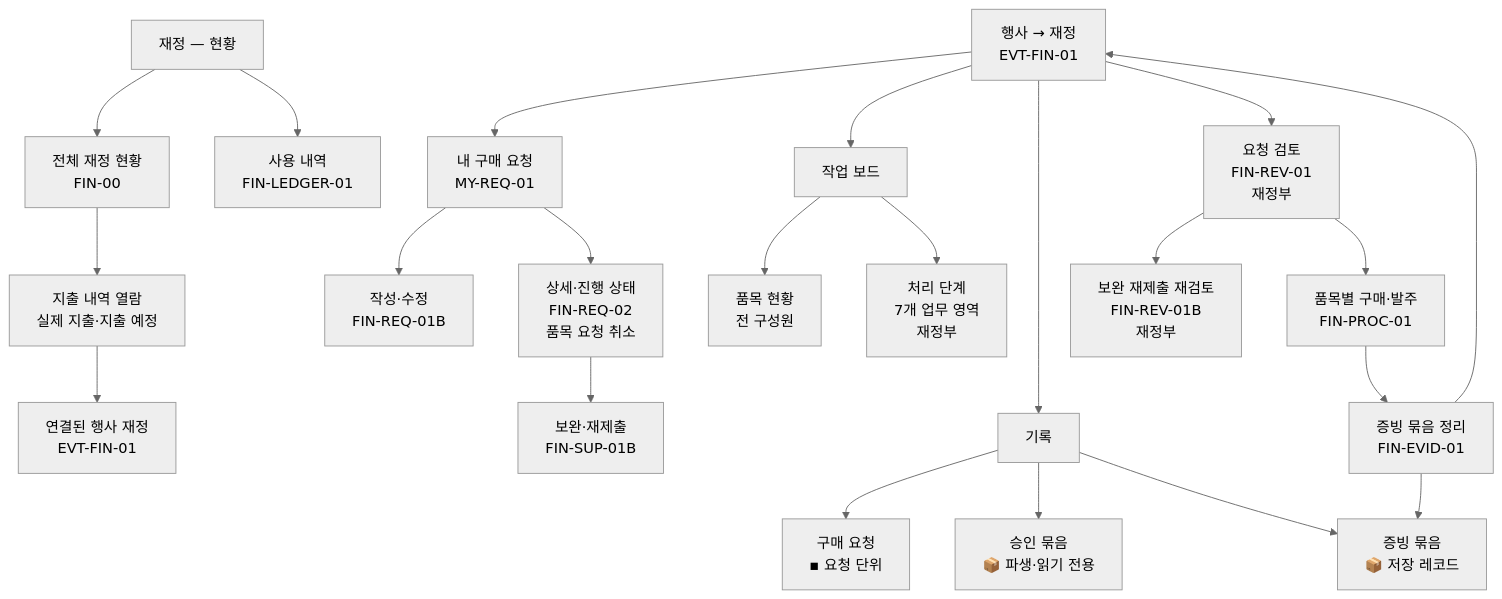
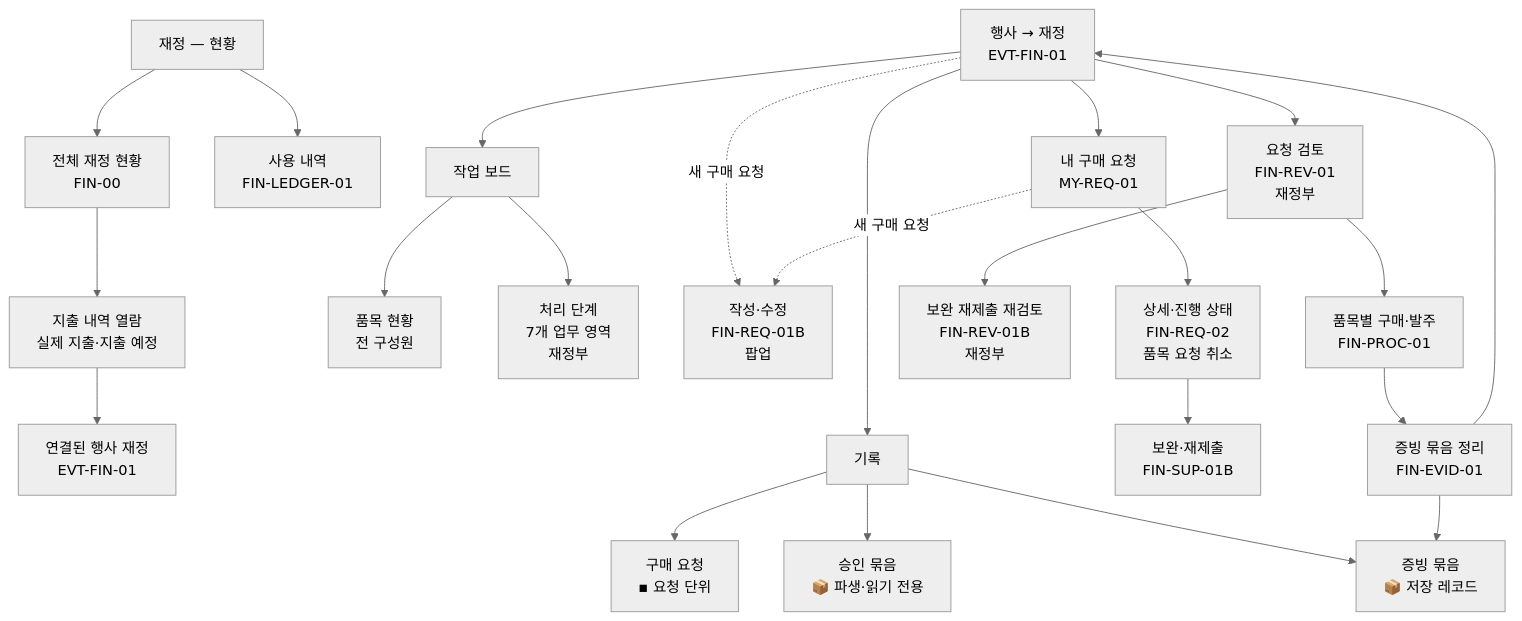
Before and after one commit to vada-hq/vada: the third of 4 diagrams in prototypes/wireframe/docs/VADA_MENU_STRUCTURE.md, drawn with Mermaid (neutral theme). The commit also changed other lines of this file and 4 other files, not shown here.

````diff
--- a/prototypes/wireframe/docs/VADA_MENU_STRUCTURE.md
+++ b/prototypes/wireframe/docs/VADA_MENU_STRUCTURE.md
@@ -210,27 +210,28 @@
 ```mermaid
 flowchart TB
     F["재정 — 현황"]
     F --> B["전체 재정 현황<br/>FIN-00"]
     F --> L["사용 내역<br/>FIN-LEDGER-01"]
 
     B --> B1["지출 내역 열람<br/>실제 지출·지출 예정"]
     B1 --> EFV["연결된 행사 재정<br/>EVT-FIN-01"]
 
     EF["행사 → 재정<br/>EVT-FIN-01"] --> MR["내 구매 요청<br/>MY-REQ-01"]
     EF --> WB["작업 보드"]
     WB --> IS["품목 현황<br/>전 구성원"]
     WB --> WQ["처리 단계<br/>7개 업무 영역<br/>재정부"]
     EF --> REC["기록"]
     REC --> RQ["구매 요청<br/>▪ 요청 단위"]
     REC --> AB["승인 묶음<br/>📦 파생·읽기 전용"]
     REC --> EB["증빙 묶음<br/>📦 저장 레코드"]
-    MR --> C["작성·수정<br/>FIN-REQ-01B"]
+    EF -.->|새 구매 요청| C["작성·수정<br/>FIN-REQ-01B<br/>팝업"]
+    MR -.->|새 구매 요청| C
     MR --> D["상세·진행 상태<br/>FIN-REQ-02<br/>품목 요청 취소"]
     D --> S["보완·재제출<br/>FIN-SUP-01B"]
     EF --> V["요청 검토<br/>FIN-REV-01<br/>재정부"]
     V --> VR["보완 재제출 재검토<br/>FIN-REV-01B<br/>재정부"]
     V --> P["품목별 구매·발주<br/>FIN-PROC-01"]
     P --> E["증빙 묶음 정리<br/>FIN-EVID-01"]
     E --> EB
     E --> EF
 ```
````
